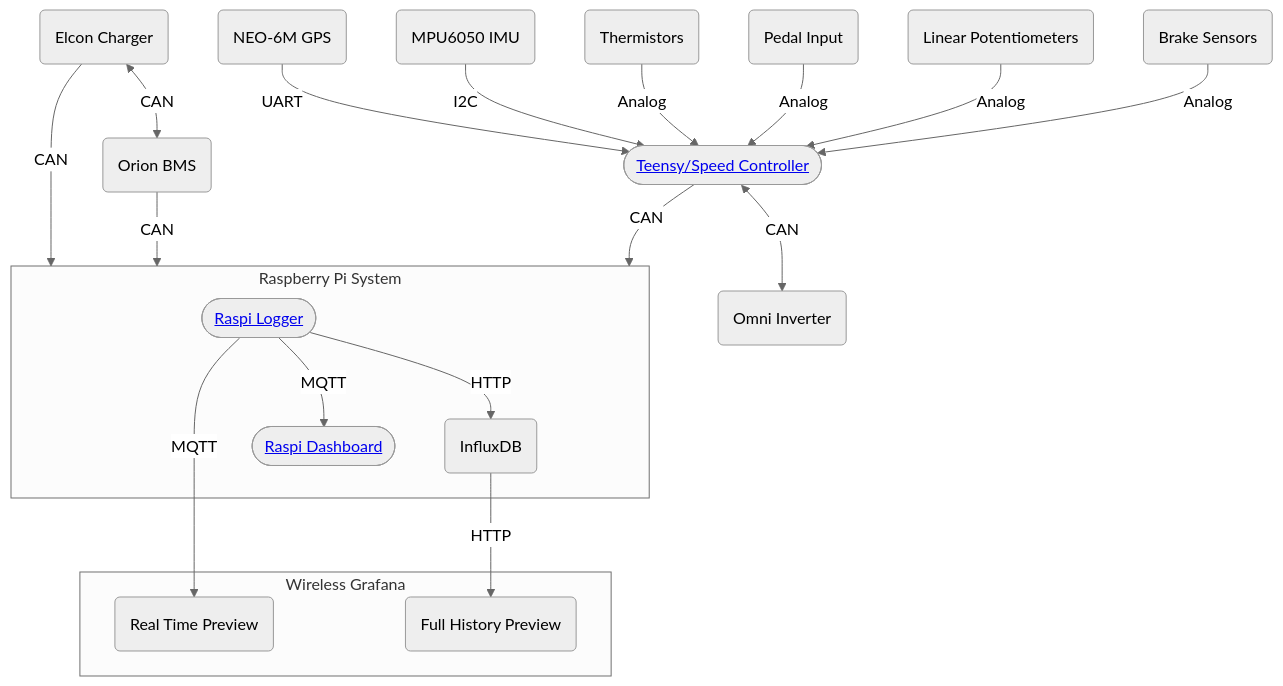
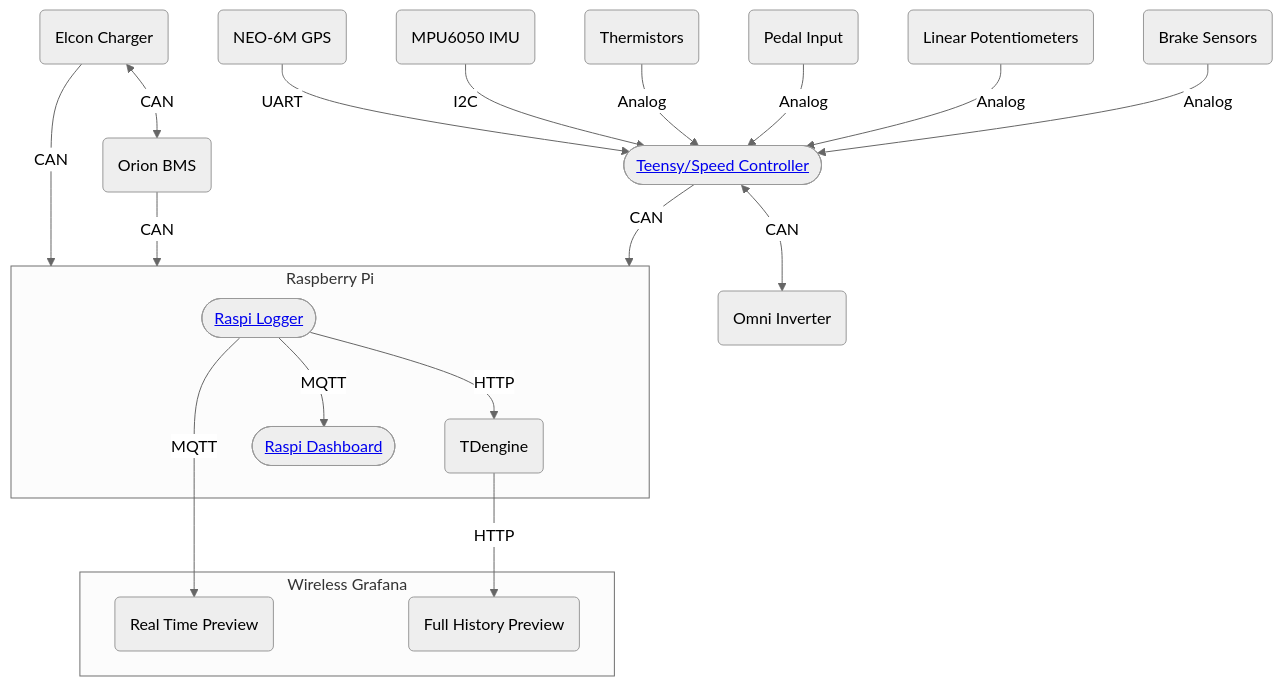
Before and after one commit to Anteater-Electric-Racing/embedded-mz: the diagram in README.md, drawn with Mermaid (neutral theme).

Commit message:
Updated flowchart to include TDengine instead of InfluxDB

````diff
--- a/README.md
+++ b/README.md
@@ -3,23 +3,23 @@
 ```mermaid
 flowchart TD
     B(Brake Sensors) -->|Analog| SC(["<a href='https://github.com/AlistairKeiller/FSAE/tree/master/fsae-vehicle-fw' target='_blank'>Teensy/Speed Controller</a>"])
     L(Linear Potentiometers) -->|Analog| SC
     PI(Pedal Input) -->|Analog| SC
     O(Orion BMS) -->|CAN| Pi
     %% OI(Omni Inverter) -->|CAN| Pi
     TH(Thermistors) --> |Analog| SC
     SC(Teensy Omni Speed Controller) -->|CAN| Pi
     IMU(MPU6050 IMU) -->|I2C| SC
     GPS(NEO-6M GPS) -->|UART| SC
     IMS(Elcon Charger) -->|CAN| Pi
     IMS(Elcon Charger) <-->|CAN| O
     SC(["<a href='https://github.com/AlistairKeiller/FSAE/tree/master/fsae-vehicle-fw' target='_blank'>Teensy/Speed Controller</a>"]) <-->|CAN| OI(Omni Inverter)
-    subgraph Pi[Raspberry Pi System]
-        R(["<a href='https://github.com/AlistairKeiller/FSAE/tree/master/fsae-raspi' target='_blank'>Raspi Logger</a>"]) -->|HTTP| I(InfluxDB)
+    subgraph Pi[Raspberry Pi]
+        R(["<a href='https://github.com/AlistairKeiller/FSAE/tree/master/fsae-raspi' target='_blank'>Raspi Logger</a>"]) -->|HTTP| I(TDengine)
         R -->|MQTT| D(["<a href='https://github.com/AlistairKeiller/FSAE/tree/master/fsae-dashboard' target='_blank'>Raspi Dashboard</a>"])
     end
     subgraph Graphana[Wireless Grafana]
         I -->|HTTP| F(Full History Preview)
         R -->|MQTT| P(Real Time Preview)
     end
 ```
````
